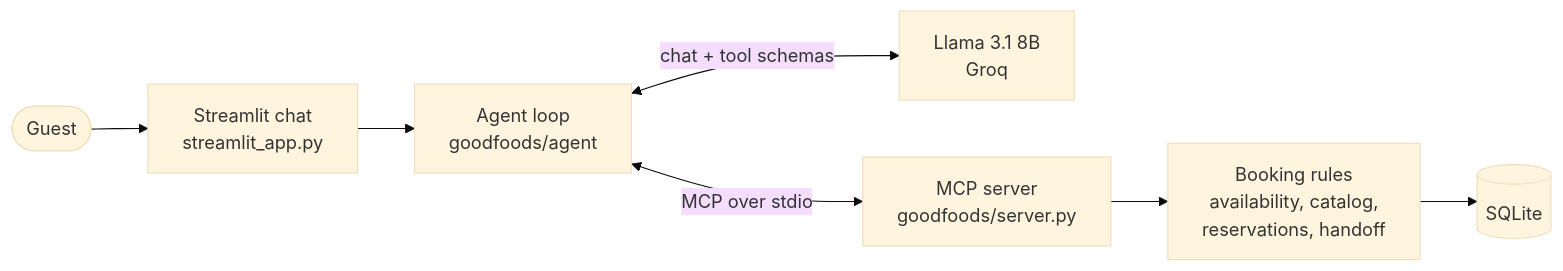
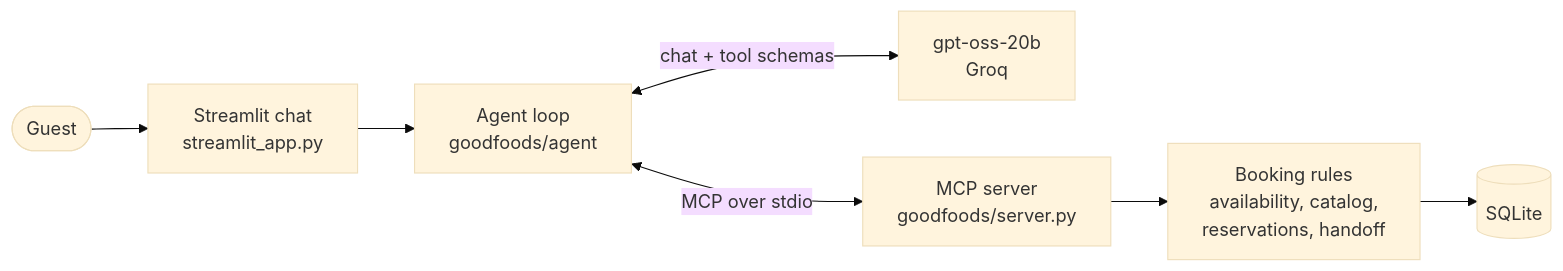
One commit to Ansh-66/goodfoods-agent changed the diagram in README.md. Above: the diagram before and after it, drawn with Mermaid (base theme). The commit also changed other lines of this file and 6 other files, not shown here.

First line of the commit message:
fix: switch to gpt-oss-20b after Groq retired llama-3.1-8b-instant

````diff
--- a/README.md
+++ b/README.md
@@ -69,9 +69,9 @@
 ```mermaid
 flowchart LR
     G([Guest]) --> UI[Streamlit chat<br/>streamlit_app.py]
     UI --> A[Agent loop<br/>goodfoods/agent]
-    A <-->|chat + tool schemas| L[Llama 3.1 8B<br/>Groq]
+    A <-->|chat + tool schemas| L[gpt-oss-20b<br/>Groq]
     A <-->|MCP over stdio| S[MCP server<br/>goodfoods/server.py]
     S --> R[Booking rules<br/>availability, catalog,<br/>reservations, handoff]
     R --> D[(SQLite)]
 ```
````
